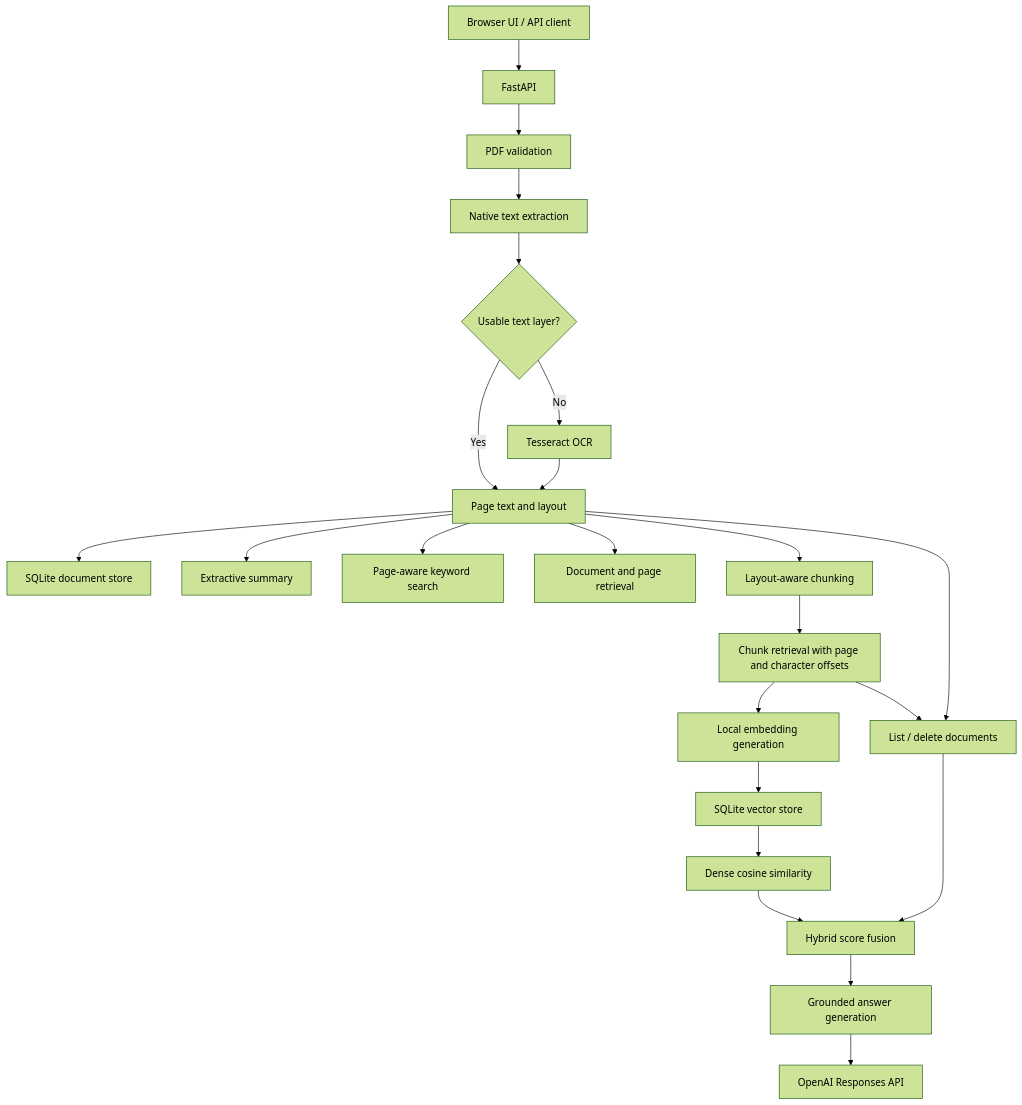
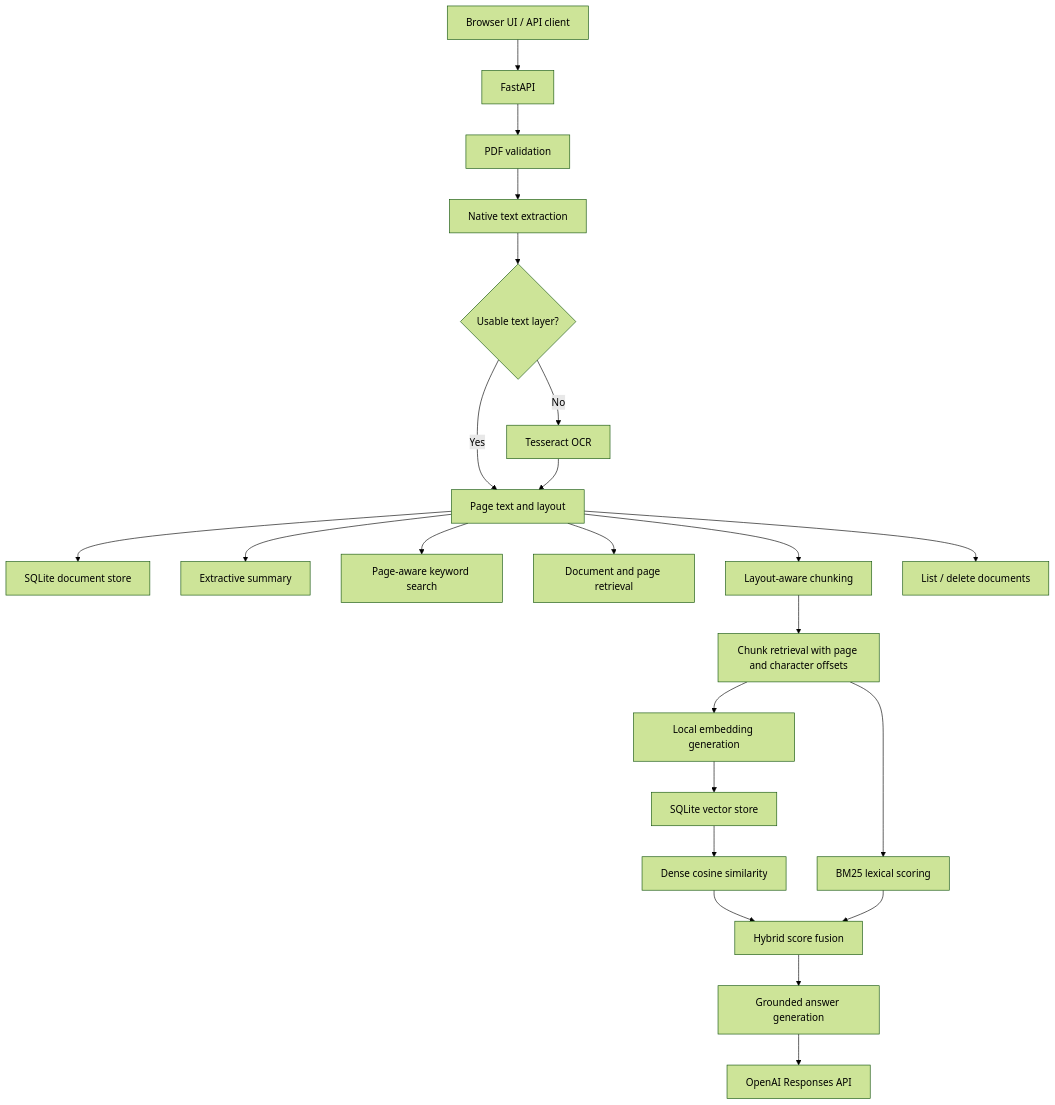
The diagram in README.md (poojapansare18/documind-ai), drawn with Mermaid (forest theme) before and after one commit.

Commit message:
Fix architecture diagram node identifiers

````diff
--- a/README.md
+++ b/README.md
@@ -34,25 +34,25 @@
 ```mermaid
 flowchart TD
     A[Browser UI / API client] --> B[FastAPI]
     B --> C[PDF validation]
     C --> D[Native text extraction]
     D --> Q{Usable text layer?}
     Q -->|Yes| E[Page text and layout]
     Q -->|No| R[Tesseract OCR]
     R --> E
     E --> S[SQLite document store]
     E --> F[Extractive summary]
     E --> G[Page-aware keyword search]
     E --> H[Document and page retrieval]
     E --> I[Layout-aware chunking]
     I --> J[Chunk retrieval with page and character offsets]
     J --> K[Local embedding generation]
     K --> L[SQLite vector store]
     L --> M[Dense cosine similarity]
     J --> N[BM25 lexical scoring]
     M --> U[Hybrid score fusion]
     N --> U
     U --> O[Grounded answer generation]
     O --> P[OpenAI Responses API]
-    E --> N[List / delete documents]
+    E --> V[List / delete documents]
 ```
````
